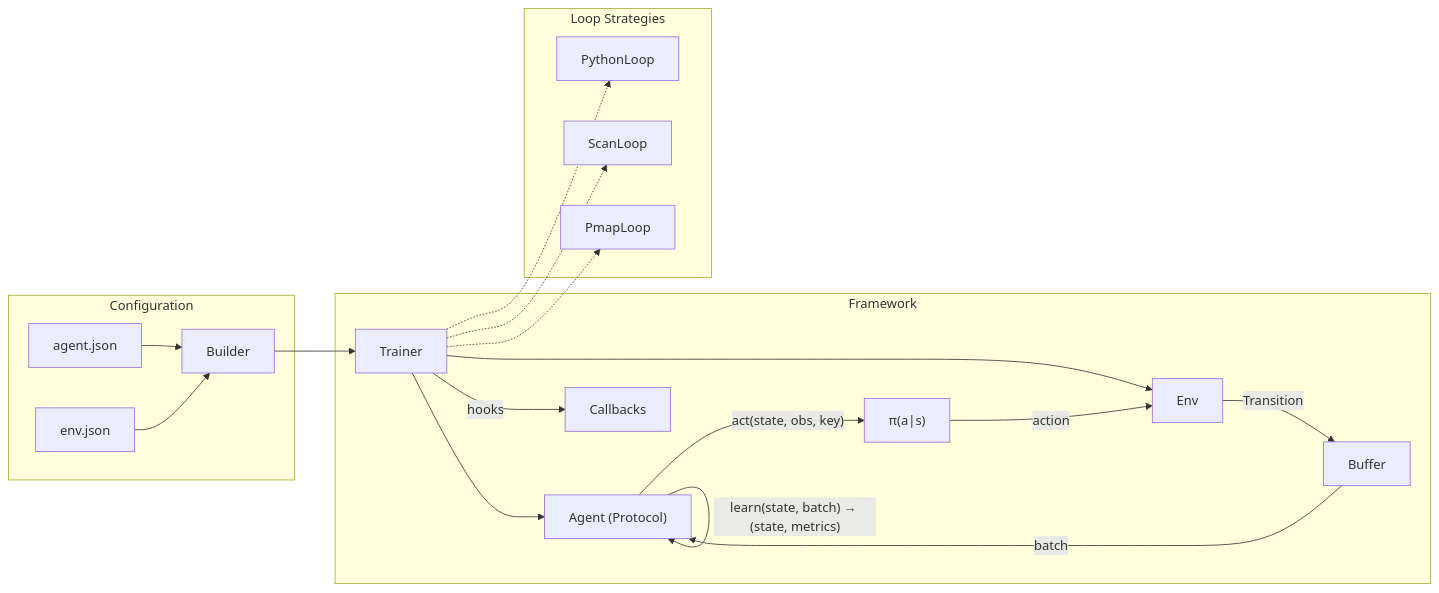
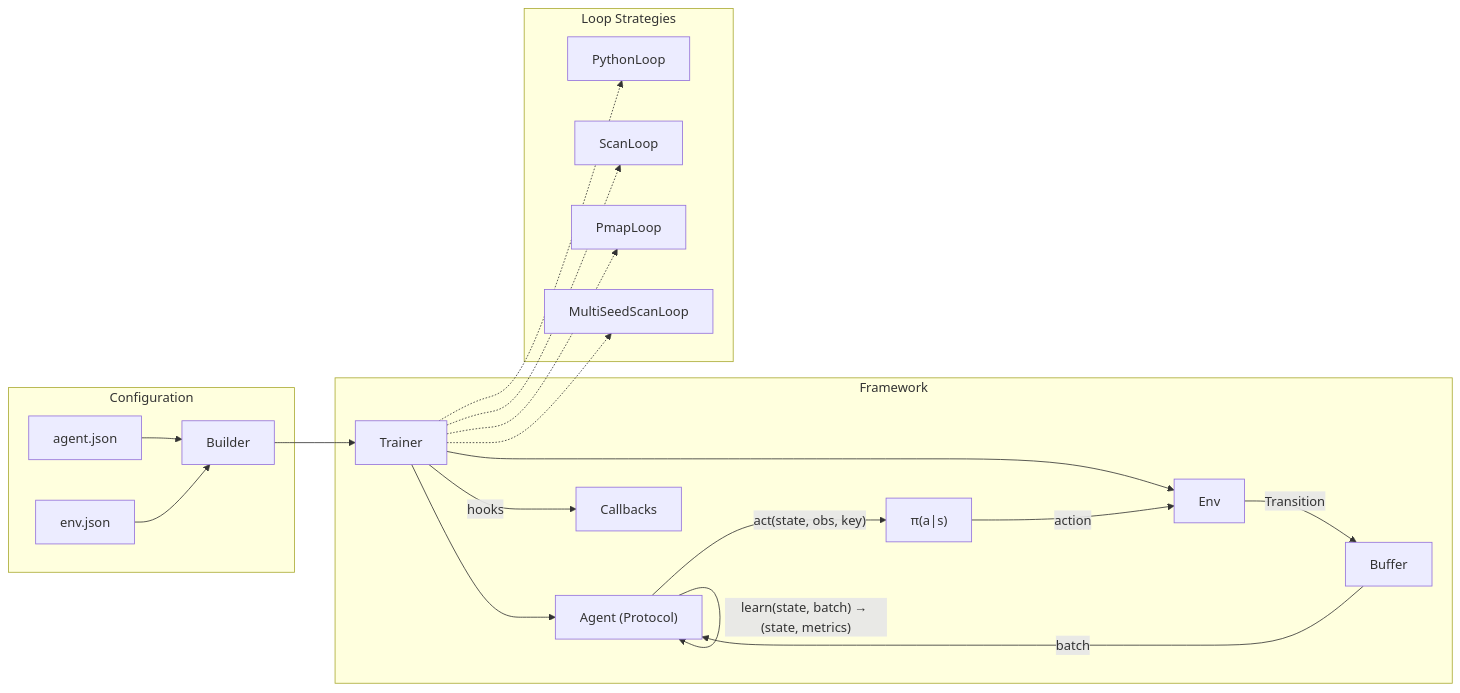
One commit to DarkbyteAT/rltrain changed the diagram in README.md. Above: the diagram before and after it, drawn with Mermaid. The commit also changed other lines of this file and 7 other files, not shown here.

First line of the commit message:
feat: MultiSeedTrainer — vmap-over-seeds parallelism

````diff
--- a/README.md
+++ b/README.md
@@ -9,25 +9,26 @@
 ```mermaid
 graph LR
     subgraph Configuration
         AJ["agent.json"] --> B["Builder"]
         EJ["env.json"] --> B
     end
 
     subgraph Framework
         B --> TR["Trainer"]
         TR --> A["Agent (Protocol)"]
         TR --> E["Env"]
         TR -->|"hooks"| CB["Callbacks"]
         A -->|"act(state, obs, key)"| P["π(a|s)"]
         P -->|"action"| E
         E -->|"Transition"| BUF["Buffer"]
         BUF -->|"batch"| A
         A -->|"learn(state, batch) → (state, metrics)"| A
     end
 
     subgraph "Loop Strategies"
         TR -.-> PL["PythonLoop"]
         TR -.-> SL["ScanLoop"]
         TR -.-> PM["PmapLoop"]
+        TR -.-> MS["MultiSeedScanLoop"]
     end
 ```
````
